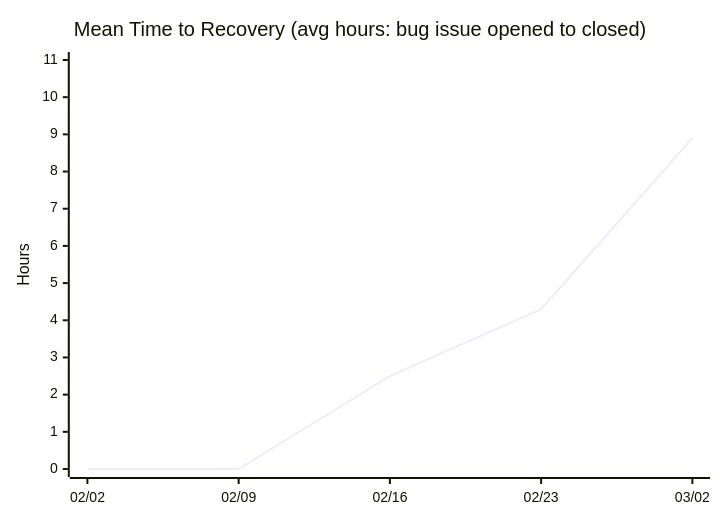
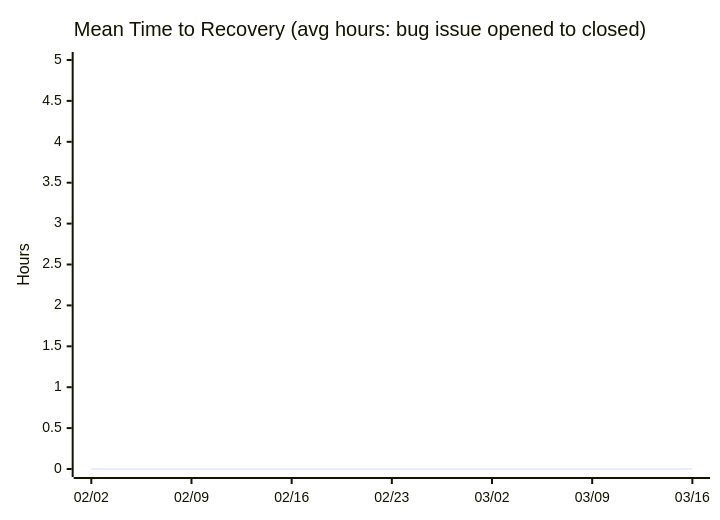
One commit to nablarch/nabledge-dev changed the fourth of 11 diagrams in docs/metrics.md. Above: the diagram before and after it, drawn with Mermaid. The commit also changed other lines of this file, not shown here.

````diff
--- a/docs/metrics.md
+++ b/docs/metrics.md
@@ -51,7 +51,7 @@
 ```mermaid
 xychart-beta
   title "Mean Time to Recovery (avg hours: bug issue opened to closed)"
-  x-axis ["02/02", "02/09", "02/16", "02/23", "03/02"]
-  y-axis "Hours" 0 --> 11
-  line [0, 0, 2.5, 4.3, 8.9]
+  x-axis ["02/02", "02/09", "02/16", "02/23", "03/02", "03/09", "03/16"]
+  y-axis "Hours" 0 --> 5
+  line [0, 0, 0, 0, 0, 0, 0]
 ```
````
